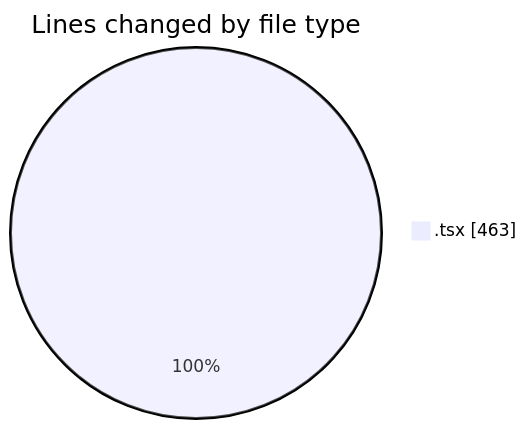
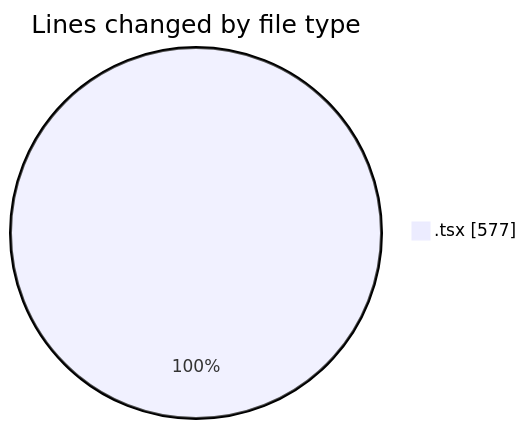
Before and after one commit to momahboobian/code-tracking: the first of 2 diagrams in 2025-09-14/cda/README.md, drawn with Mermaid. The commit also changed other lines of this file and 1 other file, not shown here.

````diff
--- a/2025-09-14/cda/README.md
+++ b/2025-09-14/cda/README.md
@@ -20,5 +20,5 @@
 ```mermaid
 pie showData
 title Lines changed by file type
-".tsx" : 463
+".tsx" : 577
 ```
````
